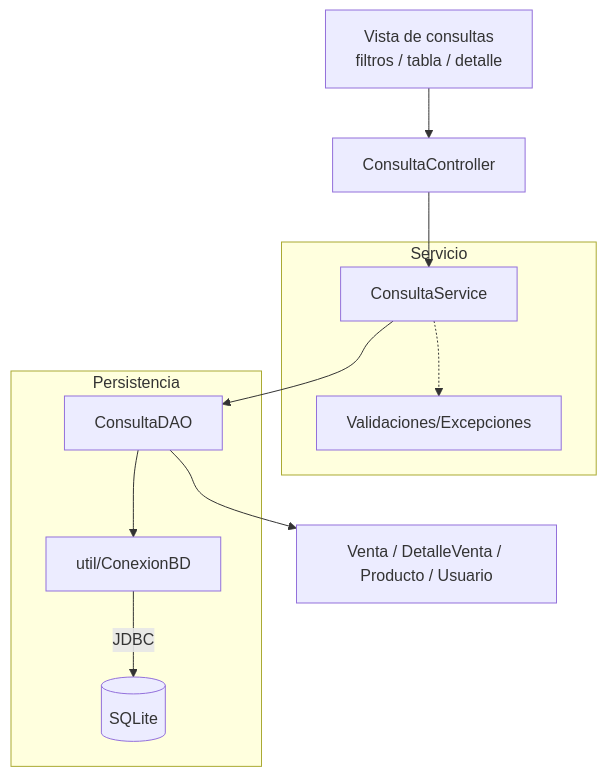
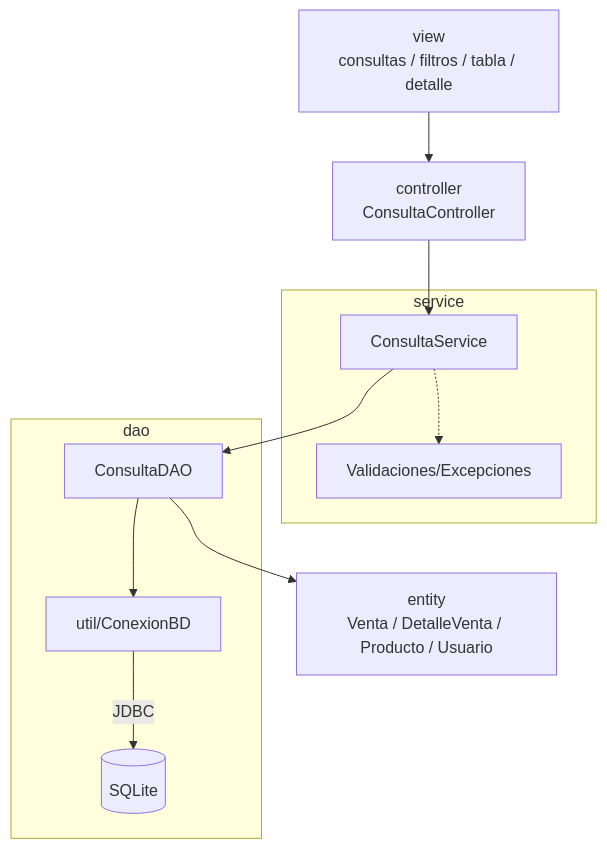
One commit to 262poo/comarket changed the diagram in docs/S11_Consultas_Integradas_Pruebas.md. Above: the diagram before and after it, drawn with Mermaid. The commit also changed other lines of this file and 36 other files, not shown here.

````diff
--- a/docs/S11_Consultas_Integradas_Pruebas.md
+++ b/docs/S11_Consultas_Integradas_Pruebas.md
@@ -61,26 +62,26 @@
 ```mermaid
 flowchart TB
-    Vista["Vista de consultas<br/>filtros / tabla / detalle"]
-    Controlador["ConsultaController"]
+    Vista["view<br/>consultas / filtros / tabla / detalle"]
+    Controlador["controller<br/>ConsultaController"]
 
-    subgraph Servicio["Servicio"]
+    subgraph Servicio["service"]
         ConsultaService["ConsultaService"]
         Validaciones["Validaciones/Excepciones"]
     end
 
-    subgraph Persistencia["Persistencia"]
+    subgraph Persistencia["dao"]
         ConsultaDAO["ConsultaDAO"]
         ConexionBD["util/ConexionBD"]
         SQLite[("SQLite")]
     end
 
-    Entidades["Venta / DetalleVenta / Producto / Usuario"]
+    Entidades["entity<br/>Venta / DetalleVenta / Producto / Usuario"]
 
     Vista --> Controlador
     Controlador --> ConsultaService
     ConsultaService -.-> Validaciones
     ConsultaService --> ConsultaDAO
     ConsultaDAO --> Entidades
     ConsultaDAO --> ConexionBD
     ConexionBD -->|"JDBC"| SQLite
 ```
````
